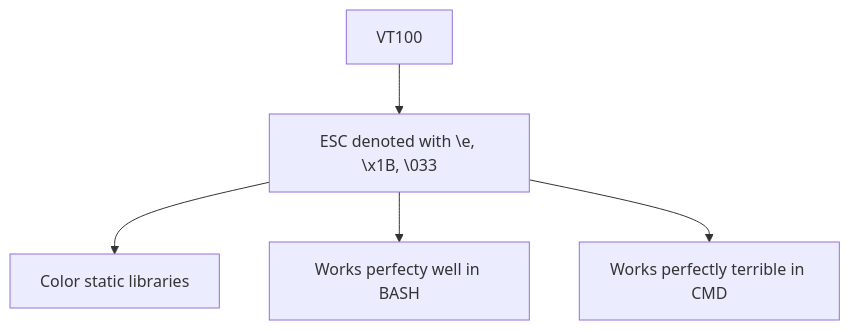
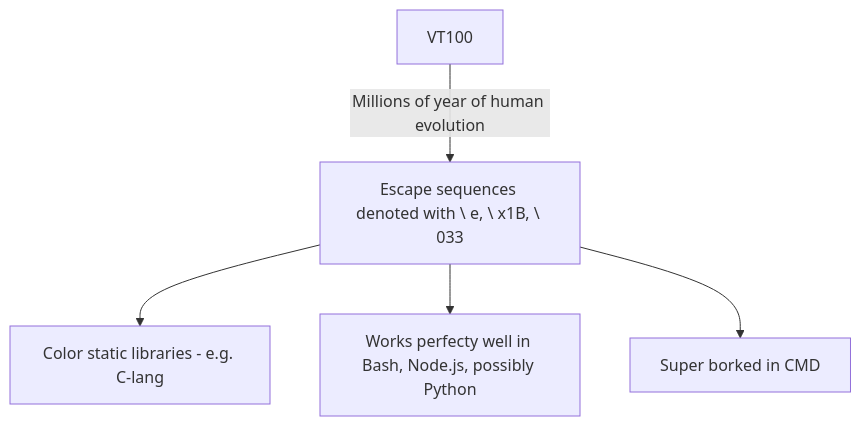
One commit to Matthew0x/ANSI-VT100 changed the diagram in readme.md. Above: the diagram before and after it, drawn with Mermaid. The commit also changed other lines of this file, not shown here.

````diff
--- a/readme.md
+++ b/readme.md
@@ -7,7 +9,7 @@
 ```mermaid
 graph TD;
-  a[VT100]-->b[ESC denoted with \e, \x1B, \033];
-  b-->b1[Color static libraries]
-  b-->b2[Works perfecty well in BASH];
-  b-->b3[Works perfectly terrible in CMD];
+  a[VT100]-->|Millions of year of human evolution| b[Escape sequences denoted with \ e, \ x1B, \ 033];
+  b-->b1[Color static libraries - e.g. C-lang]
+  b-->b2[Works perfecty well in Bash, Node.js, possibly Python];
+  b-->b3[Super borked in CMD];
 ```
````
